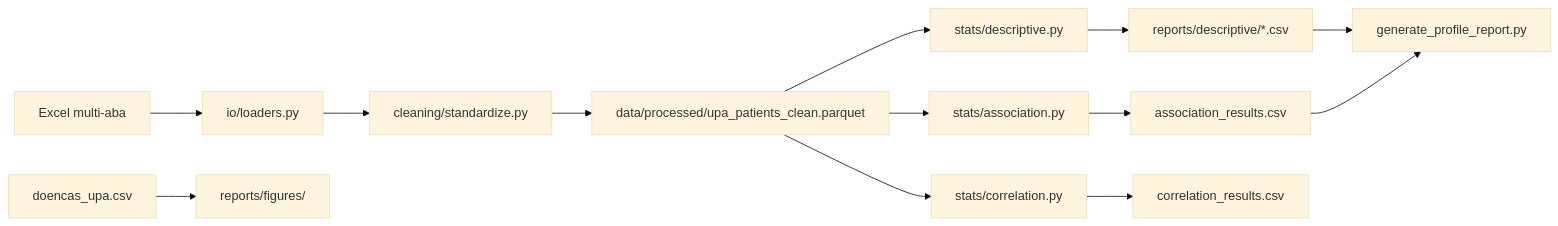
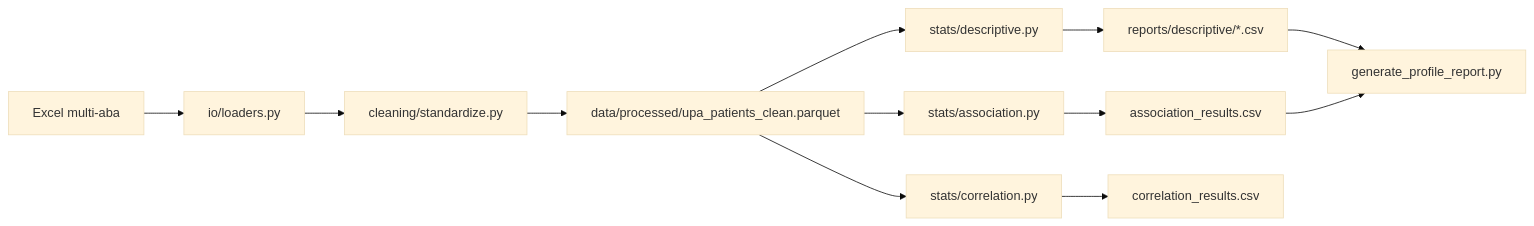
Before and after one commit to watasabi/nurse_epidemic: the diagram in docs/plano_implementacao_upa.md, drawn with Mermaid (base theme). The commit also changed other lines of this file and 14 other files, not shown here.

````diff
--- a/docs/plano_implementacao_upa.md
+++ b/docs/plano_implementacao_upa.md
@@ -27,15 +27,14 @@
 ```mermaid
 flowchart LR
   raw["Excel multi-aba"] --> loader["io/loaders.py"]
   loader --> clean["cleaning/standardize.py"]
   clean --> parquet["data/processed/upa_patients_clean.parquet"]
   parquet --> desc["stats/descriptive.py"]
   parquet --> assoc["stats/association.py"]
   parquet --> corr["stats/correlation.py"]
   desc --> csv["reports/descriptive/*.csv"]
   assoc --> assocOut["association_results.csv"]
   corr --> corrOut["correlation_results.csv"]
   csv --> html["generate_profile_report.py"]
   assocOut --> html
-  doencas["doencas_upa.csv"] --> figs["reports/figures/"]
 ```
````
